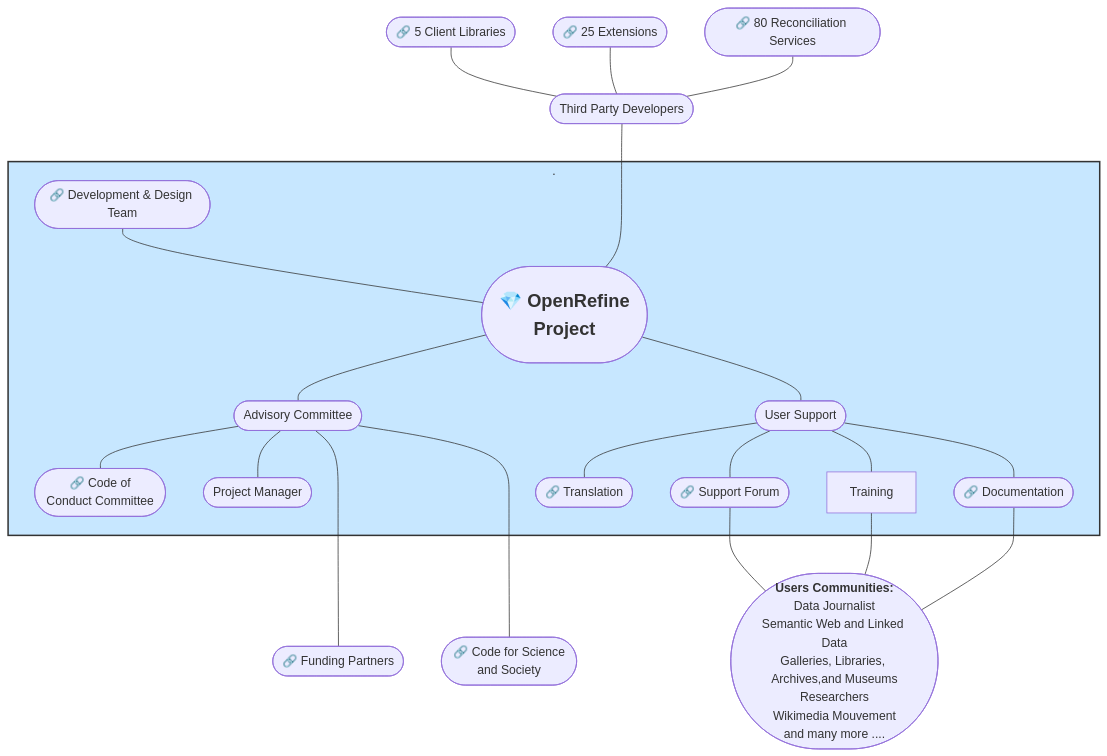
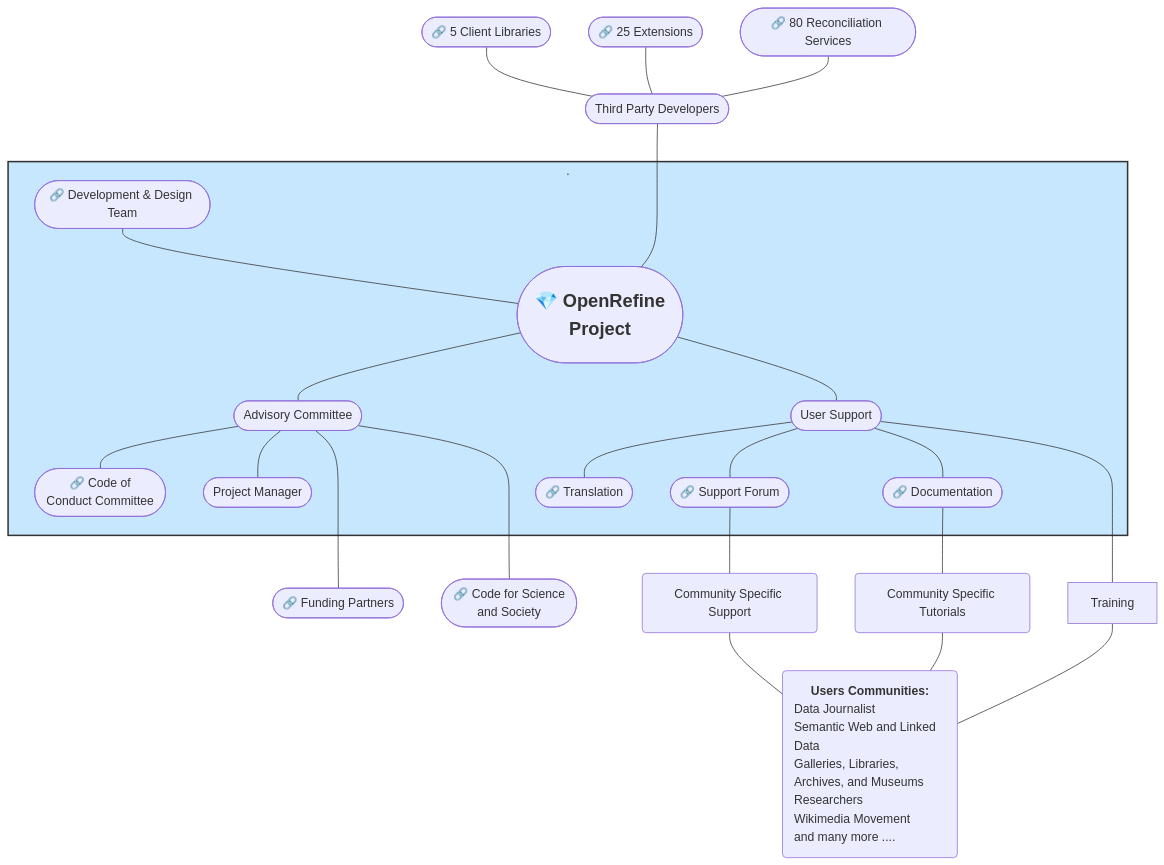
Before and after one commit to OpenRefine/openrefine.org: the diagram in src/pages/ecosystem.md, drawn with Mermaid. The commit also changed other lines of this file and 3 other files, not shown here.

````diff
--- a/src/pages/ecosystem.md
+++ b/src/pages/ecosystem.md
@@ -18,40 +18,41 @@
 ```mermaid
 graph TB;
     idOpenRefineProject(["<h2>💎 OpenRefine<br>Project</h2>"])
     idDevTeam(["🔗 Development & Design Team"])
     click idDevTeam "/docs/technical-reference/code-contributions"
     idAdministration(["Advisory Committee"])
     idUser(["User Support"])
     idSupport(["🔗 Support Forum"])
     click idSupport "https://forum.openrefine.org/c/support/12"
     idTranslation(["🔗 Translation"])
     click idTranslation "/docs/technical-reference/translating-ui"
     idDocumentation(["🔗 Documentation"])
     click idDocumentation "/docs"
     idFundingPartner(["🔗 Funding Partners"])
     click idFundingPartner "/funding"
     idThirdParty(["Third Party Developers"])
     idCoC(["🔗 Code of <br>Conduct Committee"])
     click idCoC "https://github.com/OpenRefine/OpenRefine/blob/master/CODE_OF_CONDUCT.md"
     idCS&S(["🔗 Code for Science <br>and Society"])
      click idCS&S "https://www.codeforsociety.org/"
     idProjectManager(["Project Manager"])
     idReconciliation(["🔗 80 Reconciliation Services"])
          click idReconciliation "/extensions#reconciliation-services"
      idExtension(["🔗 25 Extensions"])
      click idExtension "/extensions"
      idLibraries(["🔗 5 Client Libraries"])
      click idLibraries "/extensions#client-libraries"
-    idCommunity(["<b>Users Communities:</b><br>Data Journalist<br>Semantic Web and Linked Data<br>Galleries, Libraries, Archives,and Museums<br>Researchers<br>Wikimedia Mouvement<br>and many more ...."])
-    
+          idCommunity(<b>Users Communities:</b><br><div style="text-align: left;">Data Journalist<br>Semantic Web and Linked Data<br>Galleries, Libraries, Archives, and Museums<br>Researchers<br>Wikimedia Movement<br>and many more ....</div>)  
      subgraph idOpenRefine["."]
        style idOpenRefine fill:#c7e7ff,stroke:#333,stroke-width:2px;    
     idDevTeam --- idOpenRefineProject 
     idOpenRefineProject --- idAdministration --- idCoC & idProjectManager
-    idOpenRefineProject --- idUser  --- idTranslation & idSupport & Training & idDocumentation 
+    idOpenRefineProject --- idUser  --- idTranslation & idSupport & idDocumentation 
 		  end
-   Training & idDocumentation & idSupport --- idCommunity
+   idSupport --- idDedicatedSupport("Community Specific Support") --- idCommunity
+   idDocumentation --- idTutorials("Community Specific Tutorials") --- idCommunity
+   idUser ---- Training --- idCommunity
 	   idAdministration ---- idFundingPartner & idCS&S
     idLibraries & idExtension & idReconciliation --- idThirdParty
     idThirdParty ---- idOpenRefineProject
 ```
````
